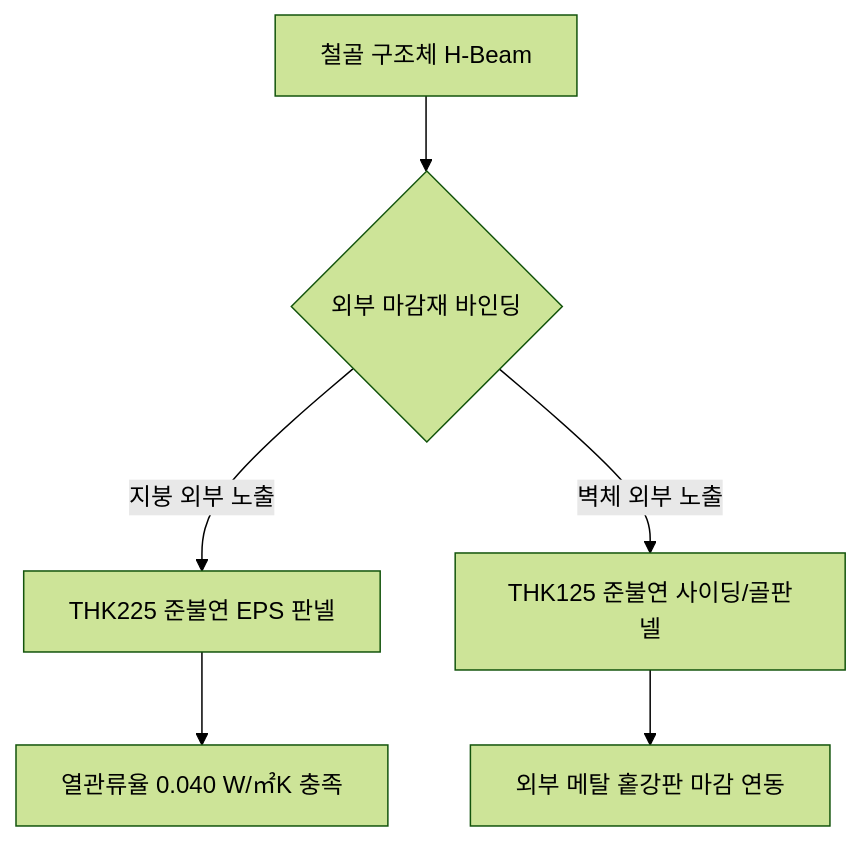
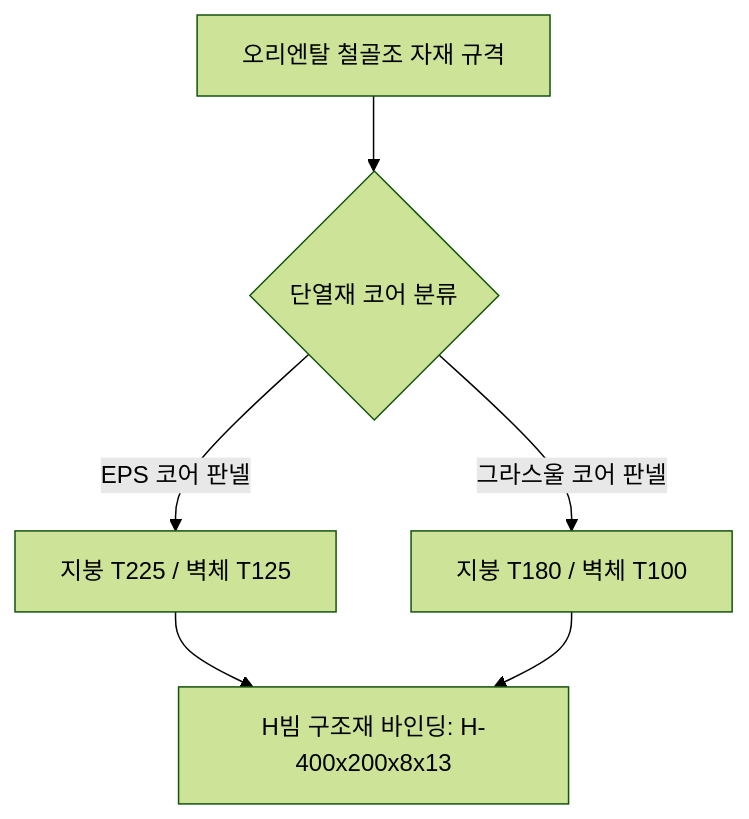
One commit to khs0927/HS-CAD changed the diagram in docs/20_oriental_steel_structure_materials.md. Above: the diagram before and after it, drawn with Mermaid (forest theme). The commit also changed other lines of this file and 1 other file, not shown here.

Commit message:
feat: add Glasswool panel standard thicknesses and structural H-beam drafting rules

````diff
--- a/docs/20_oriental_steel_structure_materials.md
+++ b/docs/20_oriental_steel_structure_materials.md
@@ -13,8 +13,7 @@
 ```mermaid
 graph TD
-    A[철골 구조체 H-Beam] --> B{외부 마감재 바인딩}
-    B -->|지붕 외부 노출| C[THK225 준불연 EPS 판넬]
-    B -->|벽체 외부 노출| D[THK125 준불연 사이딩/골판넬]
-    C --> E[열관류율 0.040 W/㎡K 충족]
-    D --> F[외부 메탈 홑강판 마감 연동]
+    A[오리엔탈 철골조 자재 규격] --> B{단열재 코어 분류}
+    B -->|EPS 코어 판넬| C[지붕 T225 / 벽체 T125]
+    B -->|그라스울 코어 판넬| D[지붕 T180 / 벽체 T100]
+    C & D --> E[H빔 구조재 바인딩: H-400x200x8x13]
 ```
````
